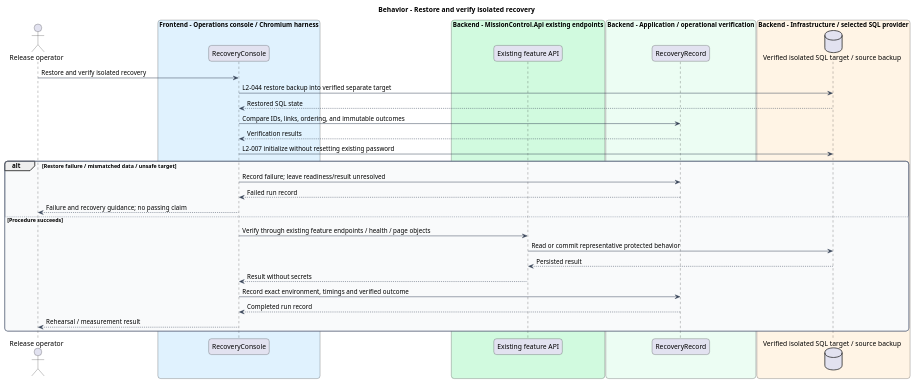
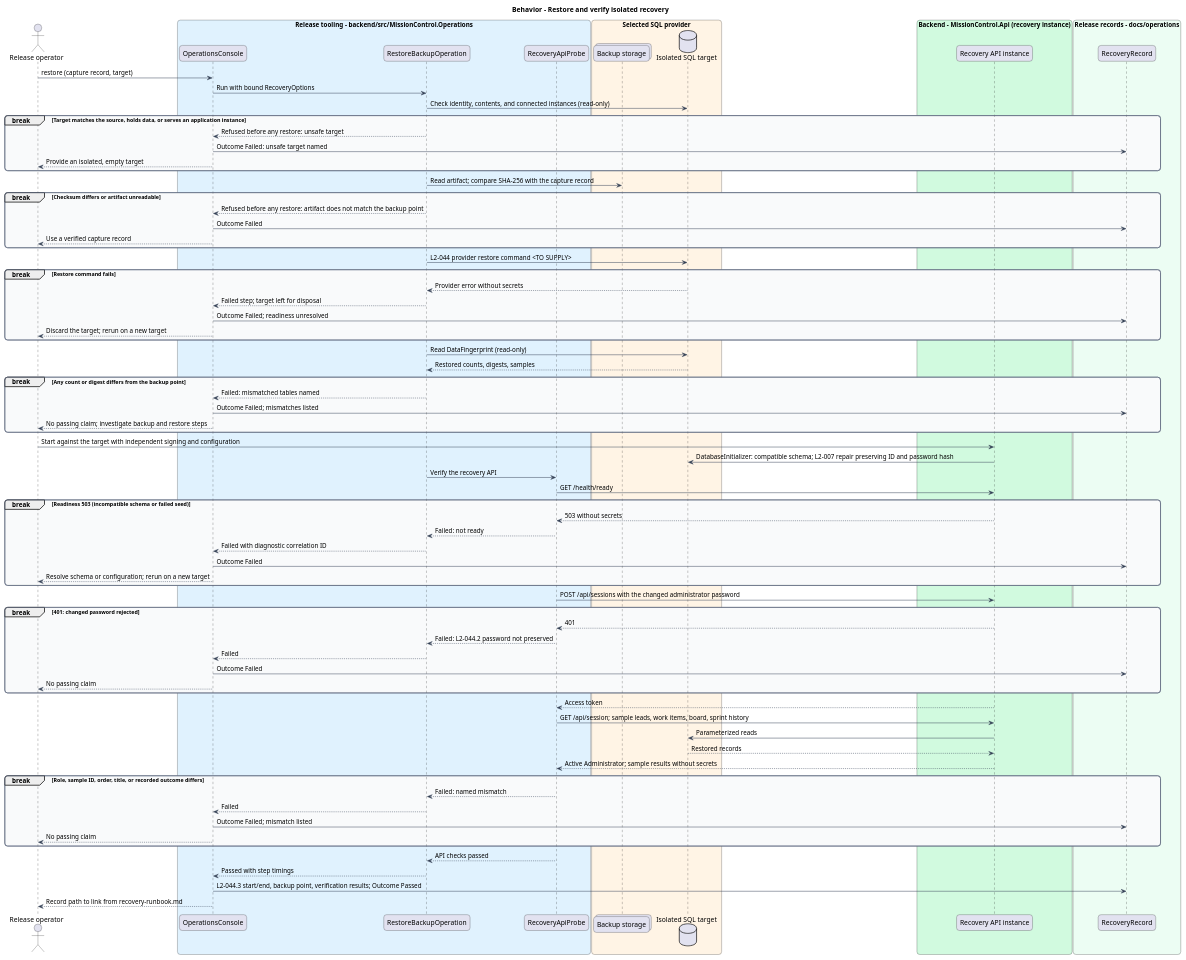
One commit to QuinntyneBrown/mission-control changed the diagram in docs/detailed-designs/operations/restore-data/diagrams/sequence-restore.puml. Above: the diagram before and after it, drawn with PlantUML. The commit also changed 334 other files, not shown here.

```diff
--- a/docs/detailed-designs/operations/restore-data/diagrams/sequence-restore.puml
+++ b/docs/detailed-designs/operations/restore-data/diagrams/sequence-restore.puml
@@ -1,49 +1,95 @@
 @startuml
 skinparam backgroundColor #FFFFFF
 skinparam shadowing false
 skinparam roundcorner 12
 skinparam defaultFontName Arial
 skinparam ArrowColor #344054
 skinparam rectangle {
   BorderColor #344054
   FontColor #101828
 }
 skinparam package {
   BorderColor #667085
   FontColor #101828
   BackgroundColor #F9FAFB
 }
 title Behavior - Restore and verify isolated recovery
 actor "Release operator" as actor
-box "Frontend - Operations console / Chromium harness" #E0F2FE
-  participant "RecoveryConsole" as handler
+box "Release tooling - backend/src/MissionControl.Operations" #E0F2FE
+  participant "OperationsConsole" as console
+  participant "RestoreBackupOperation" as restore
+  participant "RecoveryApiProbe" as probe
 end box
-box "Backend - MissionControl.Api existing endpoints" #D1FADF
-  participant "Existing feature API" as api
+box "Selected SQL provider" #FFF4E5
+  collections "Backup storage" as storage
+  database "Isolated SQL target" as target
 end box
-box "Backend - Application / operational verification" #ECFDF3
-  participant "RecoveryRecord" as entity
+box "Backend - MissionControl.Api (recovery instance)" #D1FADF
+  participant "Recovery API instance" as api
 end box
-box "Backend - Infrastructure / selected SQL provider" #FFF4E5
-  database "Verified isolated SQL target / source backup" as db
+box "Release records - docs/operations" #ECFDF3
+  participant "RecoveryRecord" as record
 end box
-actor -> handler : Restore and verify isolated recovery
-  handler -> db : L2-044 restore backup into verified separate target
-  db --> handler : Restored SQL state
-  handler -> entity : Compare IDs, links, ordering, and immutable outcomes
-  entity --> handler : Verification results
-  handler -> db : L2-007 initialize without resetting existing password
-alt Restore failure / mismatched data / unsafe target
-  handler -> entity : Record failure; leave readiness/result unresolved
-  entity --> handler : Failed run record
-  handler --> actor : Failure and recovery guidance; no passing claim
-else Procedure succeeds
-  handler -> api : Verify through existing feature endpoints / health / page objects
-  api -> db : Read or commit representative protected behavior
-  db --> api : Persisted result
-  api --> handler : Result without secrets
-  handler -> entity : Record exact environment, timings and verified outcome
-  entity --> handler : Completed run record
-  handler --> actor : Rehearsal / measurement result
+actor -> console : restore (capture record, target)
+console -> restore : Run with bound RecoveryOptions
+restore -> target : Check identity, contents, and connected instances (read-only)
+break Target matches the source, holds data, or serves an application instance
+  restore --> console : Refused before any restore: unsafe target
+  console -> record : Outcome Failed: unsafe target named
+  console --> actor : Provide an isolated, empty target
 end
+restore -> storage : Read artifact; compare SHA-256 with the capture record
+break Checksum differs or artifact unreadable
+  restore --> console : Refused before any restore: artifact does not match the backup point
+  console -> record : Outcome Failed
+  console --> actor : Use a verified capture record
+end
+restore -> target : L2-044 provider restore command <TO SUPPLY>
+break Restore command fails
+  target --> restore : Provider error without secrets
+  restore --> console : Failed step; target left for disposal
+  console -> record : Outcome Failed; readiness unresolved
+  console --> actor : Discard the target; rerun on a new target
+end
+restore -> target : Read DataFingerprint (read-only)
+target --> restore : Restored counts, digests, samples
+break Any count or digest differs from the backup point
+  restore --> console : Failed: mismatched tables named
+  console -> record : Outcome Failed; mismatches listed
+  console --> actor : No passing claim; investigate backup and restore steps
+end
+actor -> api : Start against the target with independent signing and configuration
+api -> target : DatabaseInitializer: compatible schema; L2-007 repair preserving ID and password hash
+restore -> probe : Verify the recovery API
+probe -> api : GET /health/ready
+break Readiness 503 (incompatible schema or failed seed)
+  api --> probe : 503 without secrets
+  probe --> restore : Failed: not ready
+  restore --> console : Failed with diagnostic correlation ID
+  console -> record : Outcome Failed
+  console --> actor : Resolve schema or configuration; rerun on a new target
+end
+probe -> api : POST /api/sessions with the changed administrator password
+break 401: changed password rejected
+  api --> probe : 401
+  probe --> restore : Failed: L2-044.2 password not preserved
+  restore --> console : Failed
+  console -> record : Outcome Failed
+  console --> actor : No passing claim
+end
+api --> probe : Access token
+probe -> api : GET /api/session; sample leads, work items, board, sprint history
+api -> target : Parameterized reads
+target --> api : Restored records
+api --> probe : Active Administrator; sample results without secrets
+break Role, sample ID, order, title, or recorded outcome differs
+  probe --> restore : Failed: named mismatch
+  restore --> console : Failed
+  console -> record : Outcome Failed; mismatch listed
+  console --> actor : No passing claim
+end
+probe --> restore : API checks passed
+restore --> console : Passed with step timings
+console -> record : L2-044.3 start/end, backup point, verification results; Outcome Passed
+console --> actor : Record path to link from recovery-runbook.md
 @enduml
```
